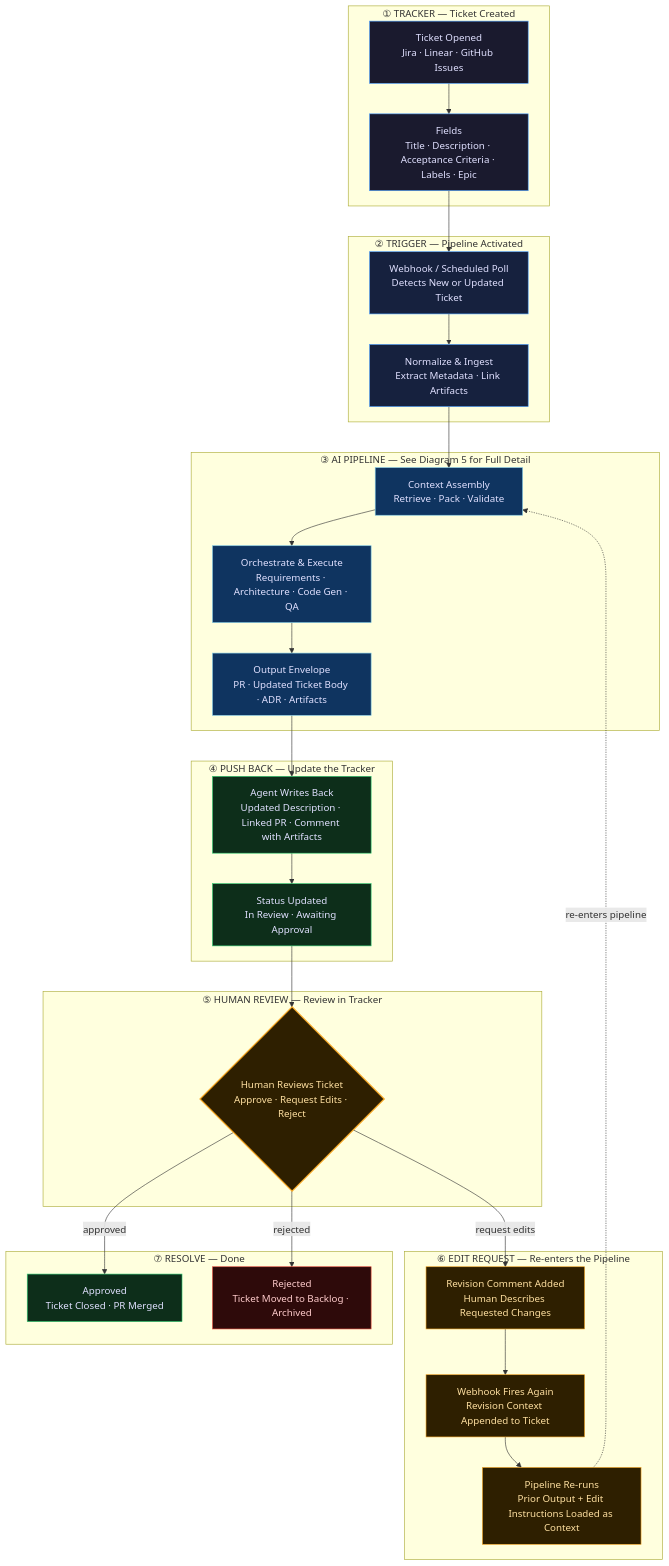
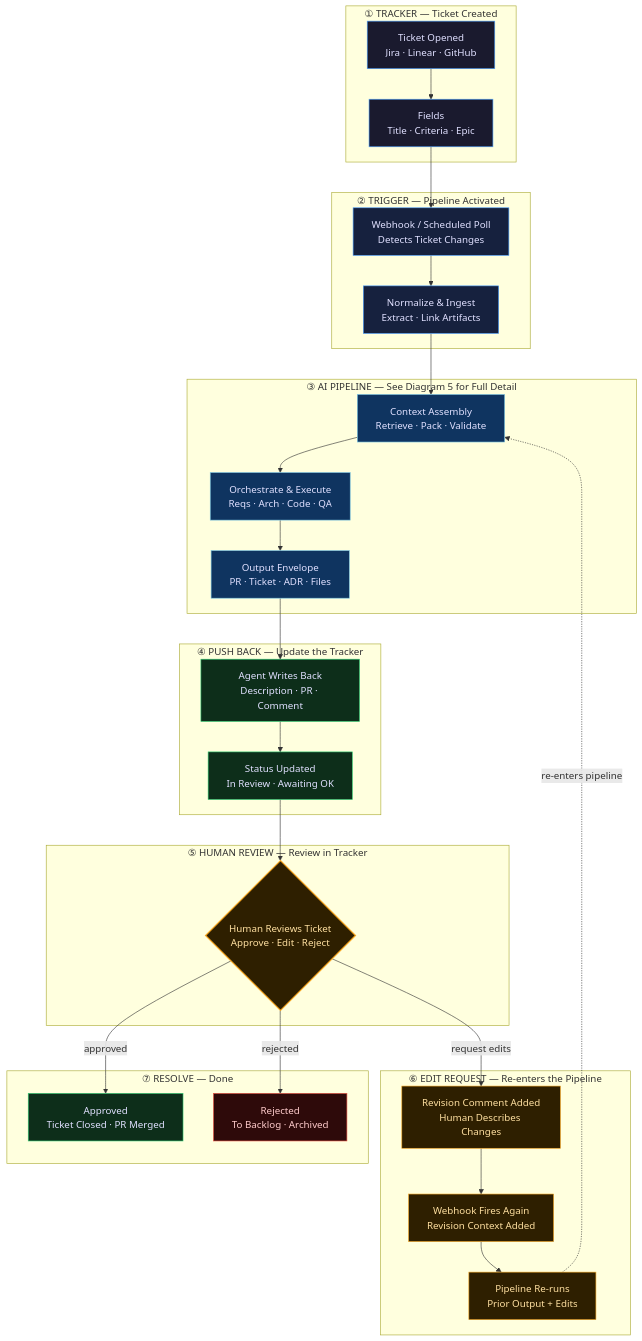
One commit to bryancalabro/bryancalabro changed the sixth of 11 diagrams in README.md. Above: the diagram before and after it, drawn with Mermaid. The commit also changed other lines of this file and 1 other file, not shown here.

````diff
--- a/README.md
+++ b/README.md
@@ -308,67 +308,67 @@
 ```mermaid
 flowchart TD
     subgraph TRACKER["① TRACKER — Ticket Created"]
-        TK["Ticket Opened<br/>Jira · Linear · GitHub Issues"]
-        TF["Fields<br/>Title · Description · Acceptance Criteria · Labels · Epic"]
+        TK["Ticket Opened<br/>Jira · Linear · GitHub"]
+        TF["Fields<br/>Title · Criteria · Epic"]
         TK --> TF
     end
 
     subgraph TRIGGER["② TRIGGER — Pipeline Activated"]
-        WH["Webhook / Scheduled Poll<br/>Detects New or Updated Ticket"]
-        NRM["Normalize & Ingest<br/>Extract Metadata · Link Artifacts"]
+        WH["Webhook / Scheduled Poll<br/>Detects Ticket Changes"]
+        NRM["Normalize & Ingest<br/>Extract · Link Artifacts"]
         TF --> WH --> NRM
     end
 
     subgraph PIPELINE["③ AI PIPELINE — See Diagram 5 for Full Detail"]
         CTX["Context Assembly<br/>Retrieve · Pack · Validate"]
-        ORCH["Orchestrate & Execute<br/>Requirements · Architecture · Code Gen · QA"]
-        ENV["Output Envelope<br/>PR · Updated Ticket Body · ADR · Artifacts"]
+        ORCH["Orchestrate & Execute<br/>Reqs · Arch · Code · QA"]
+        ENV["Output Envelope<br/>PR · Ticket · ADR · Files"]
         NRM --> CTX --> ORCH --> ENV
     end
 
     subgraph PUSHBACK["④ PUSH BACK — Update the Tracker"]
-        UPD["Agent Writes Back<br/>Updated Description · Linked PR · Comment with Artifacts"]
-        STAT["Status Updated<br/>In Review · Awaiting Approval"]
+        UPD["Agent Writes Back<br/>Description · PR · Comment"]
+        STAT["Status Updated<br/>In Review · Awaiting OK"]
         ENV --> UPD --> STAT
     end
 
     subgraph REVIEW["⑤ HUMAN REVIEW — Review in Tracker"]
-        HR{"Human Reviews Ticket<br/>Approve · Request Edits · Reject"}
+        HR{"Human Reviews Ticket<br/>Approve · Edit · Reject"}
         STAT --> HR
     end
 
     subgraph EDITLOOP["⑥ EDIT REQUEST — Re-enters the Pipeline"]
-        EC["Revision Comment Added<br/>Human Describes Requested Changes"]
-        WH2["Webhook Fires Again<br/>Revision Context Appended to Ticket"]
-        RELOAD["Pipeline Re-runs<br/>Prior Output + Edit Instructions Loaded as Context"]
+        EC["Revision Comment Added<br/>Human Describes Changes"]
+        WH2["Webhook Fires Again<br/>Revision Context Added"]
+        RELOAD["Pipeline Re-runs<br/>Prior Output + Edits"]
         EC --> WH2 --> RELOAD
     end
 
     subgraph RESOLVE["⑦ RESOLVE — Done"]
         APPROVE["Approved<br/>Ticket Closed · PR Merged"]
-        REJECT["Rejected<br/>Ticket Moved to Backlog · Archived"]
+        REJECT["Rejected<br/>To Backlog · Archived"]
         HR -->|approved| APPROVE
         HR -->|rejected| REJECT
     end
 
     HR -->|request edits| EC
     RELOAD -.->|re-enters pipeline| CTX
 
     classDef trackerStyle fill:#1a1a2e,stroke:#4a9eff,color:#e0e0ff
     classDef triggerStyle fill:#16213e,stroke:#4a9eff,color:#e0e0ff
     classDef pipelineStyle fill:#0f3460,stroke:#7ec8e3,color:#e0e0ff
     classDef pushbackStyle fill:#0d2e1a,stroke:#2ecc71,color:#e0e0ff
     classDef humanStyle fill:#2e1f00,stroke:#f5a623,color:#ffe0a0,stroke-width:2px
     classDef editStyle fill:#2e1f00,stroke:#f5a623,color:#ffe0a0
     classDef resolveStyle fill:#0d2e1a,stroke:#2ecc71,color:#e0e0ff
     classDef rejectStyle fill:#2e0a0a,stroke:#e74c3c,color:#ffcccc
 
     class TK,TF trackerStyle
     class WH,NRM triggerStyle
     class CTX,ORCH,ENV pipelineStyle
     class UPD,STAT pushbackStyle
     class HR humanStyle
     class EC,WH2,RELOAD editStyle
     class APPROVE resolveStyle
     class REJECT rejectStyle
 ```
````
